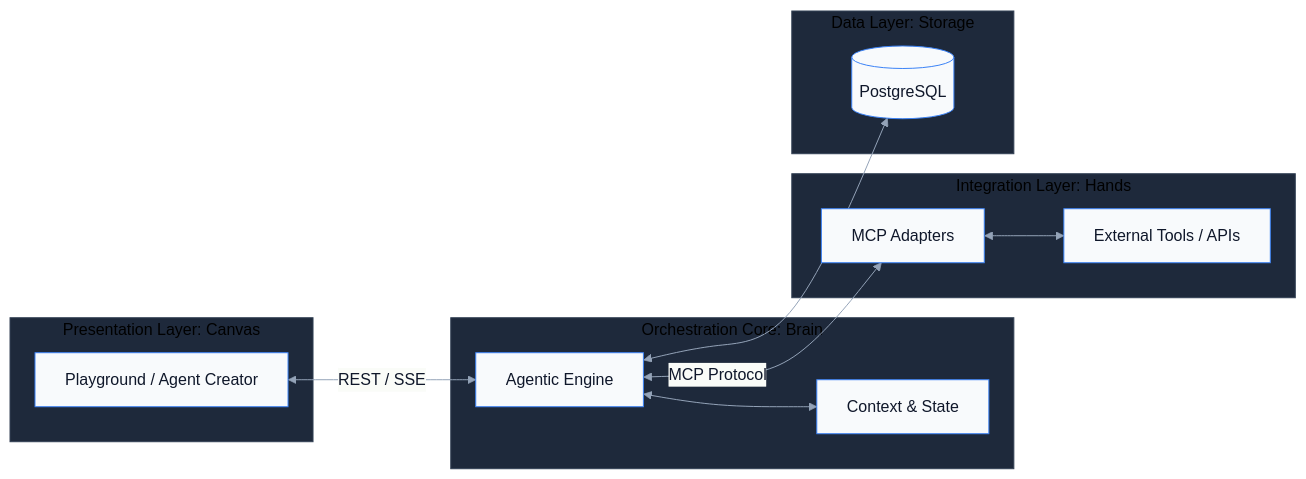
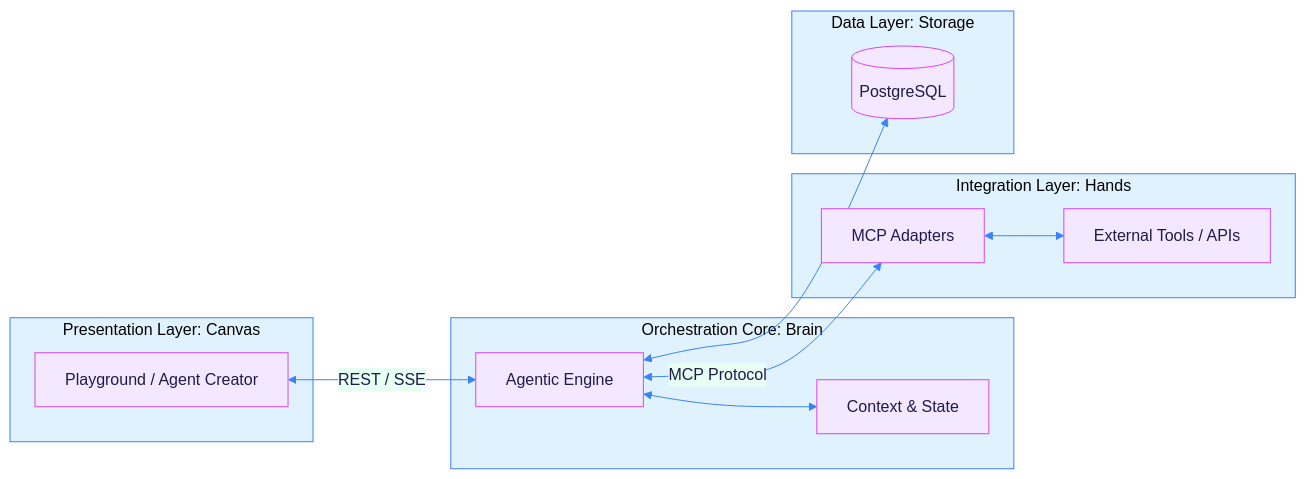
The second of 4 diagrams in README.md (Engineering-Reality/kachponz), drawn with Mermaid before and after one commit. The commit also changed other lines of this file, not shown here.

Commit message:
docs: adjust mermaid theme colors to vibrant brand colors with light backgrounds for readability

````diff
--- a/README.md
+++ b/README.md
@@ -125,27 +125,27 @@
 ```mermaid
-%%{init: {'theme': 'base', 'themeVariables': { 'primaryColor': '#f8fafc', 'primaryTextColor': '#0f172a', 'primaryBorderColor': '#3b82f6', 'lineColor': '#94a3b8', 'clusterBkg': '#1e293b', 'clusterBorder': '#334155'}}}%%
+%%{init: {'theme': 'base', 'themeVariables': { 'primaryColor': '#F3E8FF', 'primaryTextColor': '#1E1B4B', 'primaryBorderColor': '#D946EF', 'lineColor': '#3B82F6', 'clusterBkg': '#E0F2FE', 'clusterBorder': '#3B82F6'}}}%%
 flowchart LR
     subgraph Canvas [Presentation Layer: Canvas]
         UI[Playground / Agent Creator]
     end
     
     subgraph Brain [Orchestration Core: Brain]
         Engine[Agentic Engine]
         Memory[Context & State]
     end
     
     subgraph Hands [Integration Layer: Hands]
         MCP[MCP Adapters]
         API[External Tools / APIs]
     end
     
     subgraph Storage [Data Layer: Storage]
         DB[(PostgreSQL)]
     end
     
     UI <-->|REST / SSE| Engine
     Engine <--> Memory
     Engine <-->|MCP Protocol| MCP
     MCP <--> API
     Engine <--> DB
 ```
````
